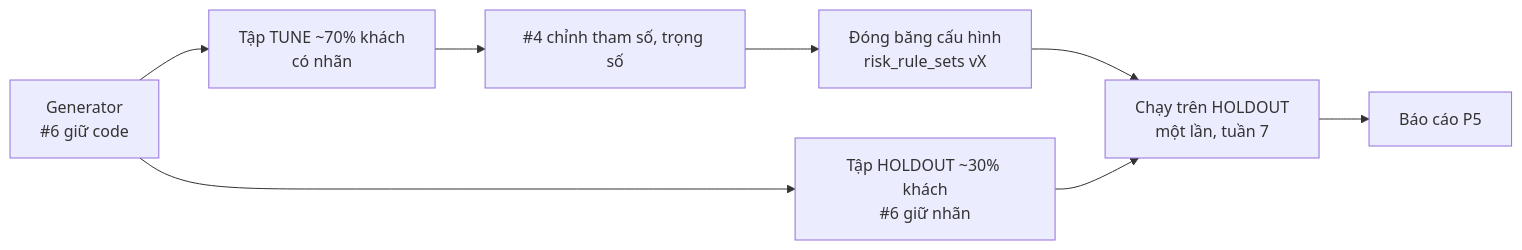
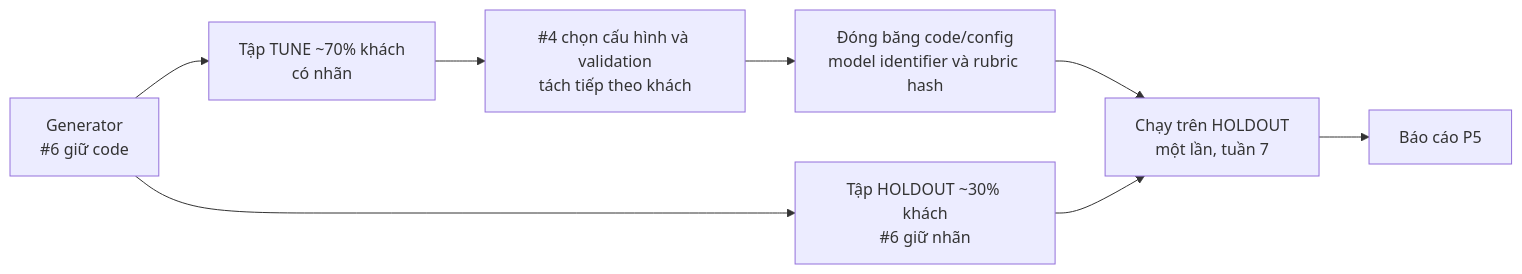
Before and after one commit to Lawliet119/digital-banking-simulator: the fourth of 4 diagrams in docs/components/risk/FRAUD_DETECTION_GUIDE.md, drawn with Mermaid. The commit also changed other lines of this file and 18 other files, not shown here.

````diff
--- a/docs/components/risk/FRAUD_DETECTION_GUIDE.md
+++ b/docs/components/risk/FRAUD_DETECTION_GUIDE.md
@@ -466,10 +441,10 @@
 ```mermaid
 flowchart LR
     G[Generator<br/>#6 giữ code] --> T[Tập TUNE ~70% khách<br/>có nhãn]
     G --> H[Tập HOLDOUT ~30% khách<br/>#6 giữ nhãn]
-    T --> P[#4 chỉnh tham số, trọng số]
-    P --> F[Đóng băng cấu hình<br/>risk_rule_sets vX]
+    T --> P[#4 chọn cấu hình và validation<br/>tách tiếp theo khách]
+    P --> F[Đóng băng code/config<br/>model identifier và rubric hash]
     F --> RUN[Chạy trên HOLDOUT<br/>một lần, tuần 7]
     H --> RUN
     RUN --> REP[Báo cáo P5]
 ```
````
